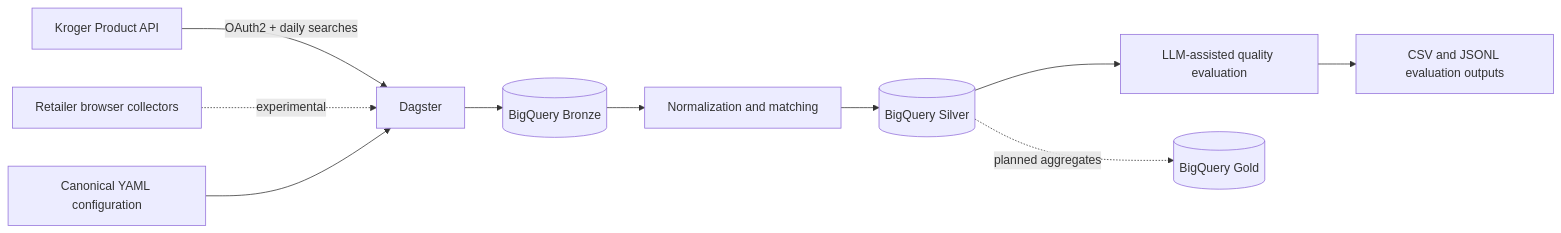
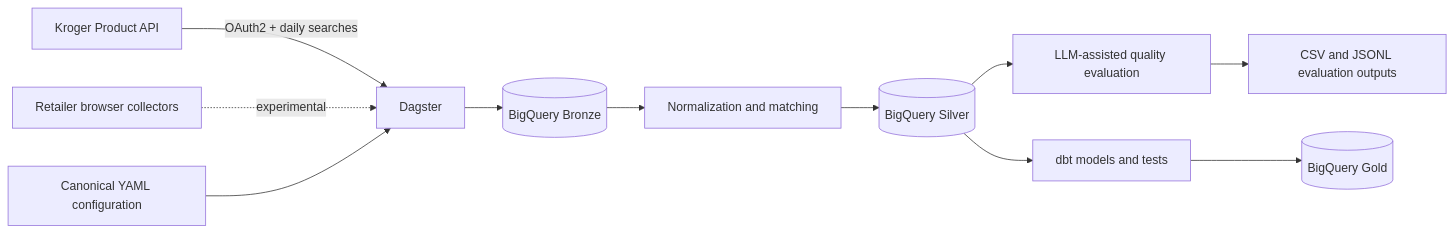
One commit to ivanrsalazar/grocery-price-pipeline changed the diagram in README.md. Above: the diagram before and after it, drawn with Mermaid. The commit also changed other lines of this file and 71 other files, not shown here.

Commit message:
Add dbt gold layer and portfolio dashboard

````diff
--- a/README.md
+++ b/README.md
@@ -32,14 +72,15 @@
 ```mermaid
 flowchart LR
     A[Kroger Product API] -->|OAuth2 + daily searches| B[Dagster]
     R[Retailer browser collectors] -. experimental .-> B
     C[Canonical YAML configuration] --> B
 
     B --> D[(BigQuery Bronze)]
     D --> E[Normalization and matching]
     E --> F[(BigQuery Silver)]
     F --> G[LLM-assisted quality evaluation]
-    F -. planned aggregates .-> H[(BigQuery Gold)]
+    F --> H[dbt models and tests]
+    H --> J[(BigQuery Gold)]
 
     G --> I[CSV and JSONL evaluation outputs]
 ```
````
